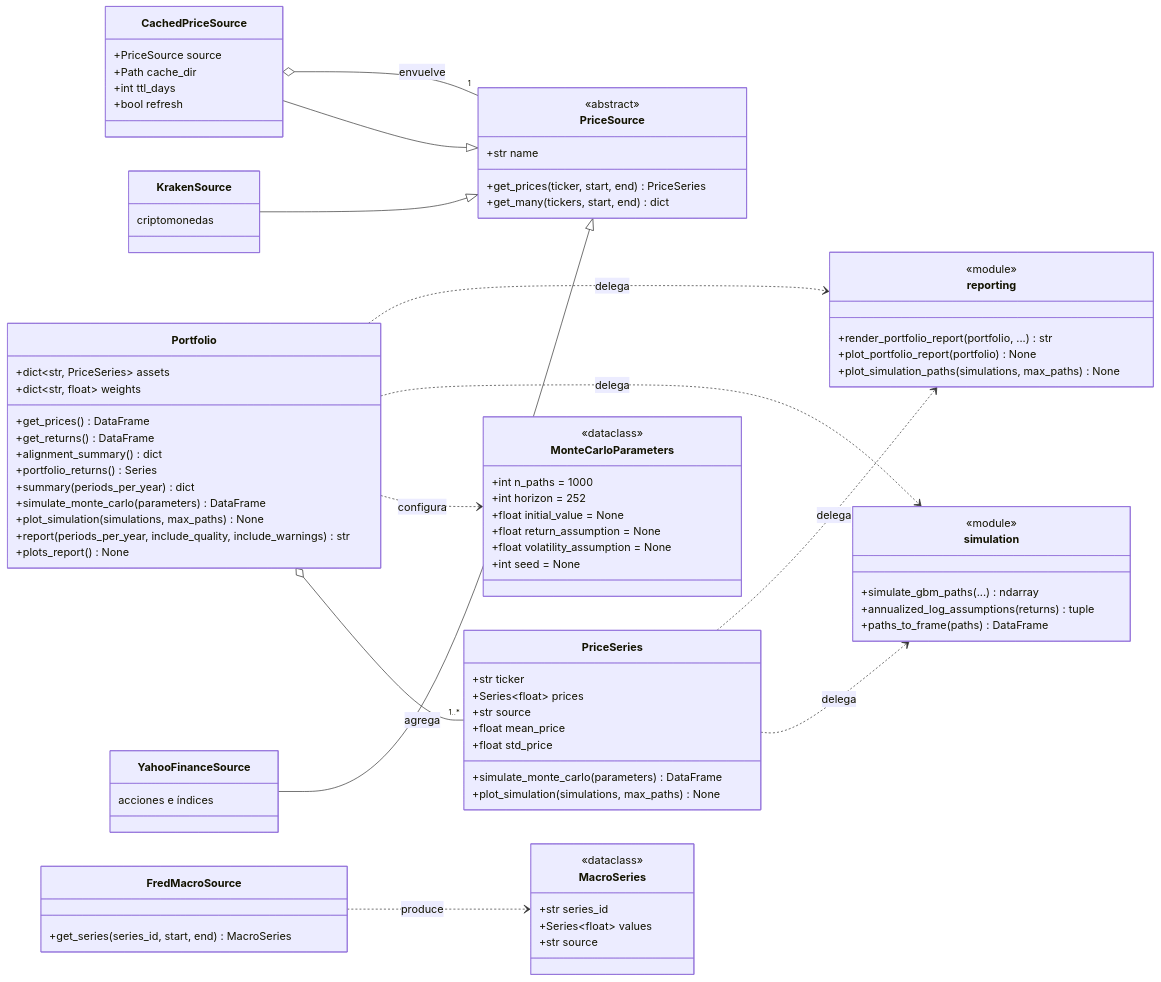
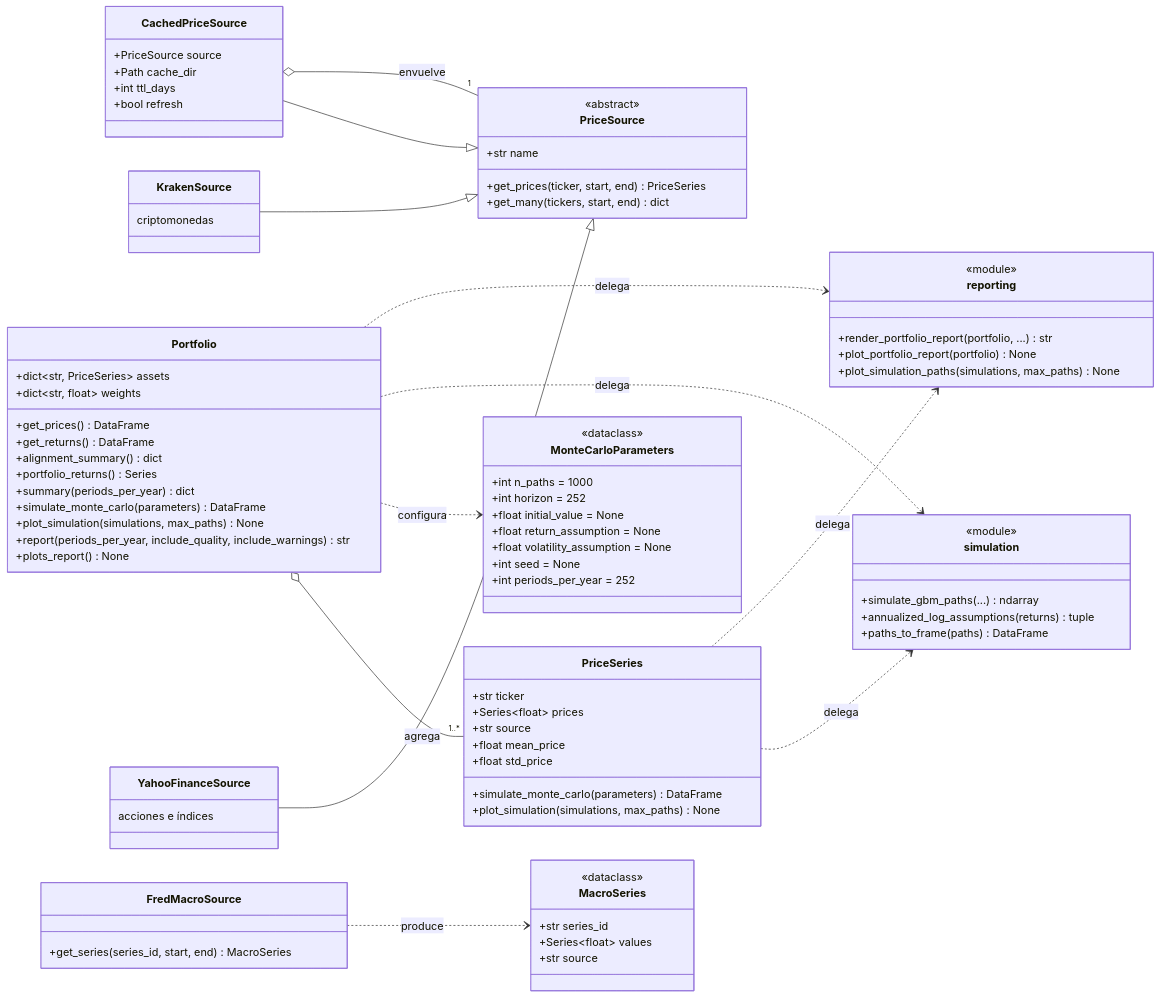
Before and after one commit to alejandroperezpujante/quantfolio: the first of 2 diagrams in docs/architecture.md, drawn with Mermaid. The commit also changed 4 other files, not shown here.

Commit message:
fix: make crypto runs reproducible and document periods_per_year

```diff
--- a/docs/architecture.md
+++ b/docs/architecture.md
@@ -43,6 +43,7 @@
         +float return_assumption = None
         +float volatility_assumption = None
         +int seed = None
+        +int periods_per_year = 252
     }
 
     class PriceSource {
```
